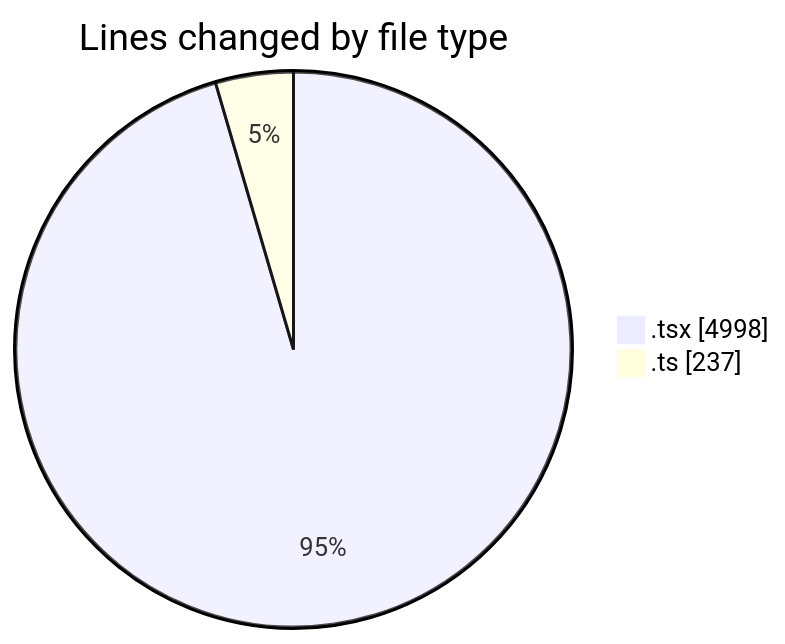
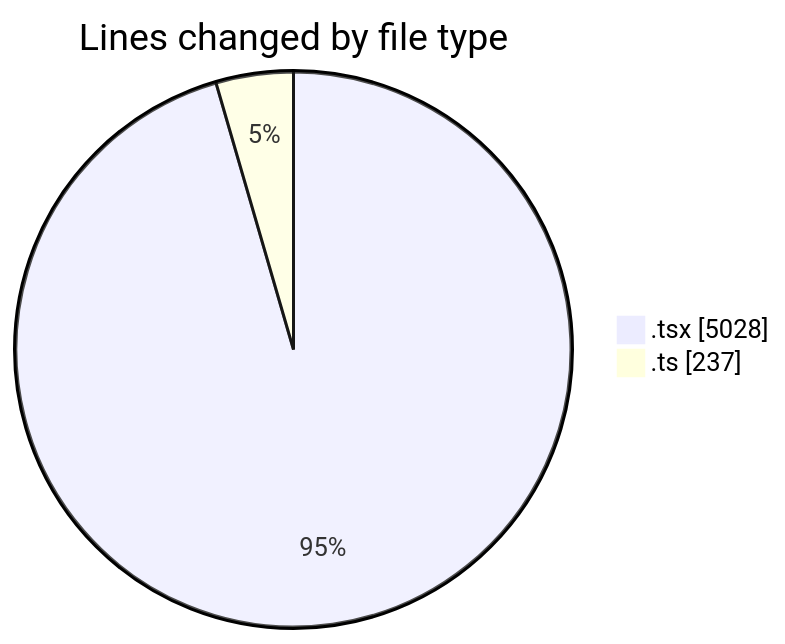
The first of 2 diagrams in 2025-10-13/eventscop-frontend-guide__workspace_/README.md (julien-gomy/code-tracking), drawn with Mermaid before and after one commit. The commit also changed other lines of this file and 1 other file, not shown here.

````diff
--- a/2025-10-13/eventscop-frontend-guide__workspace_/README.md
+++ b/2025-10-13/eventscop-frontend-guide__workspace_/README.md
@@ -38,6 +39,6 @@
 ```mermaid
 pie showData
 title Lines changed by file type
-".tsx" : 4998
+".tsx" : 5028
 ".ts" : 237
 ```
````
